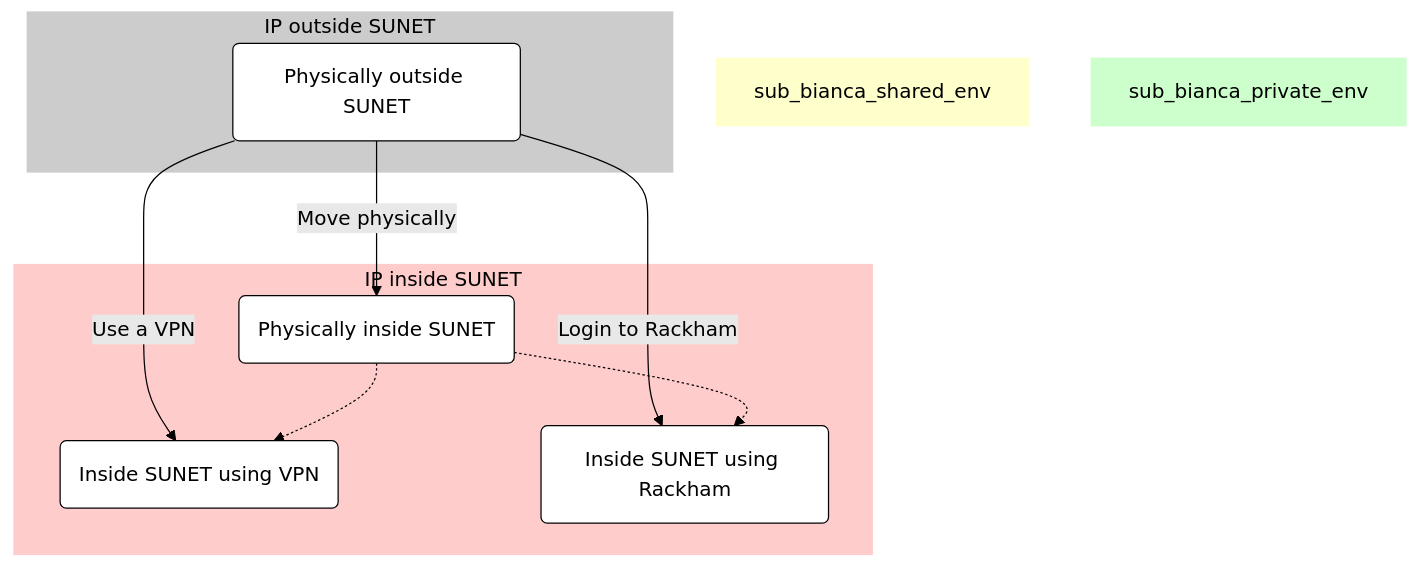
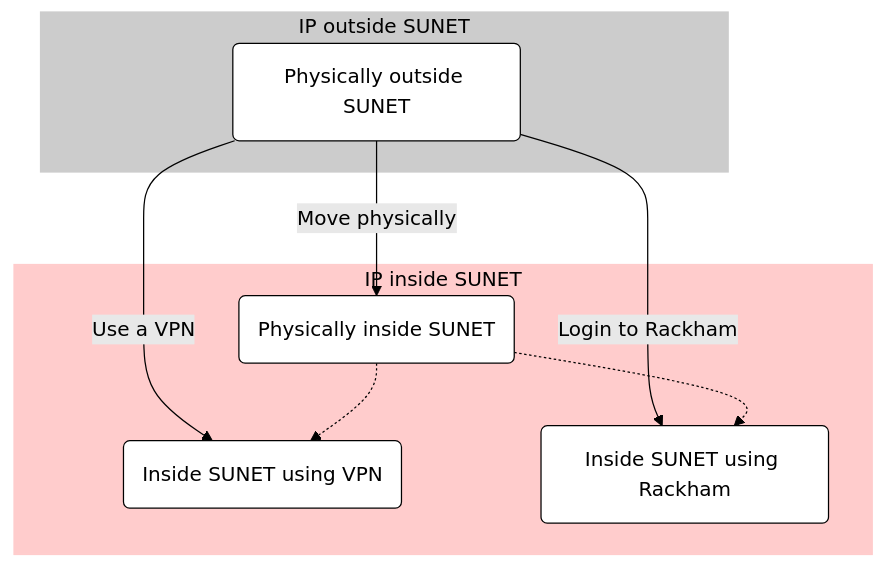
One commit to UPPMAX/UPPMAX-documentation changed the second of 4 diagrams in docs/getting_started/login_bianca.md. Above: the diagram before and after it, drawn with Mermaid (forest theme). The commit also changed other lines of this file, not shown here.

````diff
--- a/docs/getting_started/login_bianca.md
+++ b/docs/getting_started/login_bianca.md
@@ -255,32 +255,32 @@
 ```mermaid
 flowchart TD
 
     %% Give a white background, instead of a transparent one
     classDef node fill:#fff,color:#000,stroke:#000
     classDef focus_node fill:#fff,color:#000,stroke:#000,stroke-width:4px
 
     subgraph sub_outside[IP outside SUNET]
       outside(Physically outside SUNET)
     end    
 
     subgraph sub_inside[IP inside SUNET]
       physically_inside(Physically inside SUNET)
       inside_using_vpn(Inside SUNET using VPN)
       inside_using_rackham(Inside SUNET using Rackham)
     end
 
     %% Shared subgraph color scheme
     style sub_outside fill:#ccc,color:#000,stroke:#ccc
     style sub_inside fill:#fcc,color:#000,stroke:#fcc
-    style sub_bianca_shared_env fill:#ffc,color:#000,stroke:#ffc
-    style sub_bianca_private_env fill:#cfc,color:#000,stroke:#cfc
+    %% style sub_bianca_shared_env fill:#ffc,color:#000,stroke:#ffc
+    %% style sub_bianca_private_env fill:#cfc,color:#000,stroke:#cfc
 
     %% Outside SUNET
     outside-->|Move physically|physically_inside
     outside-->|Use a VPN|inside_using_vpn
     outside-->|Login to Rackham|inside_using_rackham
 
     %% Inside SUNET
     physically_inside-.->inside_using_rackham
     physically_inside-.->inside_using_vpn
 ```
````
